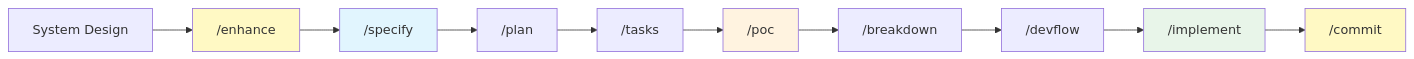
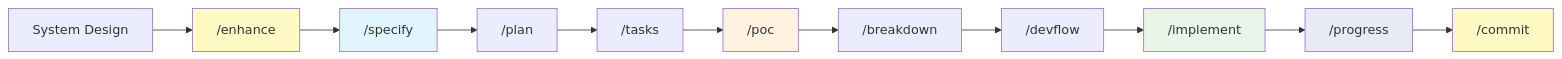
One commit to Mathews-Tom/sage-dev changed the diagram in commands/README.md. Above: the diagram before and after it, drawn with Mermaid. The commit also changed other lines of this file and 1 other file, not shown here.

Commit message:
docs: integrate /progress into workflow and usage. Positions status analysis between /implement and /commit with updated diagrams, sequences, scenarios, and checklists to improve delivery transparency.

````diff
--- a/commands/README.md
+++ b/commands/README.md
@@ -9,18 +9,20 @@
 ```mermaid
 graph LR
     H[System Design] --> A["/enhance"]
     A --> B["/specify"]
     B --> C["/plan"]
     C --> D["/tasks"]
     D --> E["/poc"]
     E --> F["/breakdown"]
     F --> G["/devflow"]
     G --> I["/implement"]
-    I --> J["/commit"]
+    I --> K["/progress"]
+    K --> J["/commit"]
 
     style A fill:#fff9c4
     style B fill:#e1f5fe
     style E fill:#fff3e0
     style I fill:#e8f5e9
+    style K fill:#e8eaf6
     style J fill:#fff9c4
 ```
````
